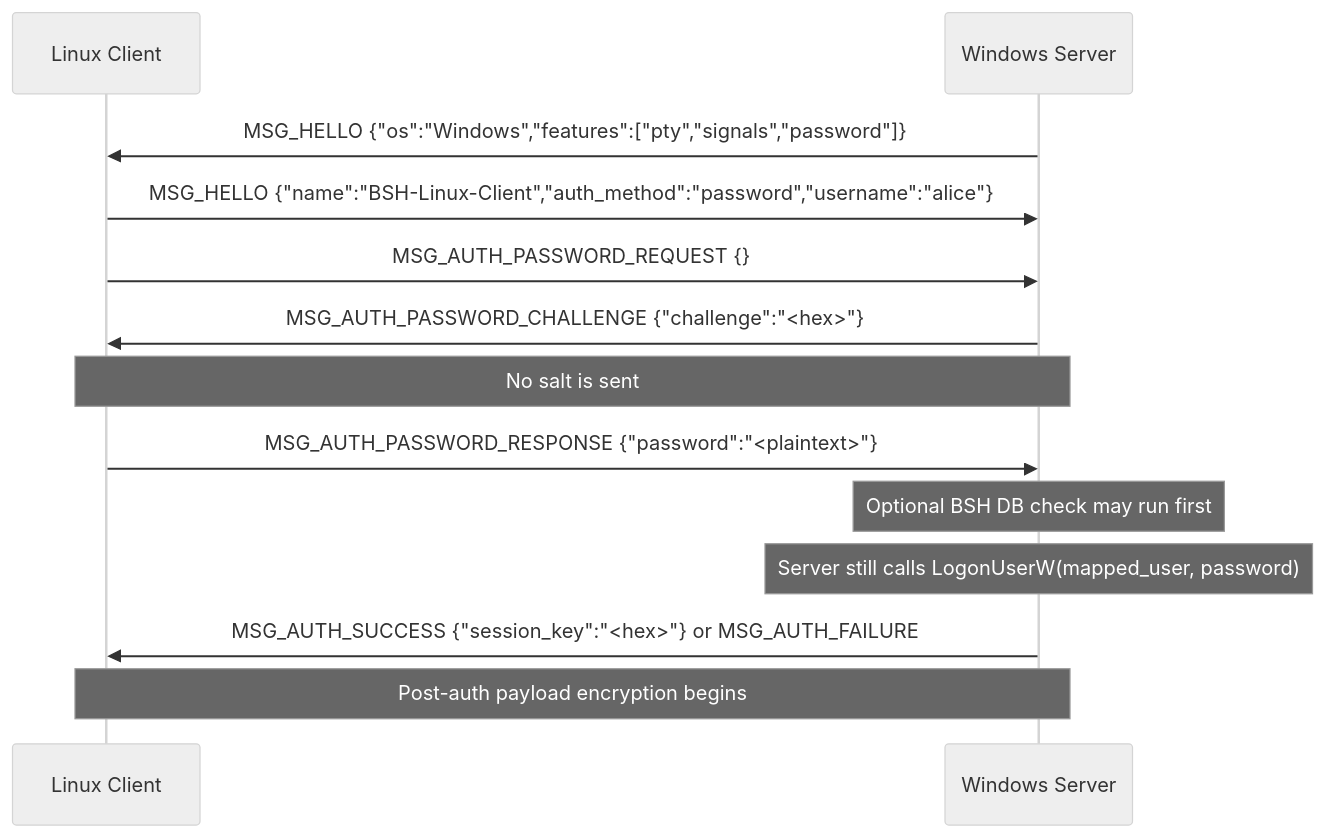
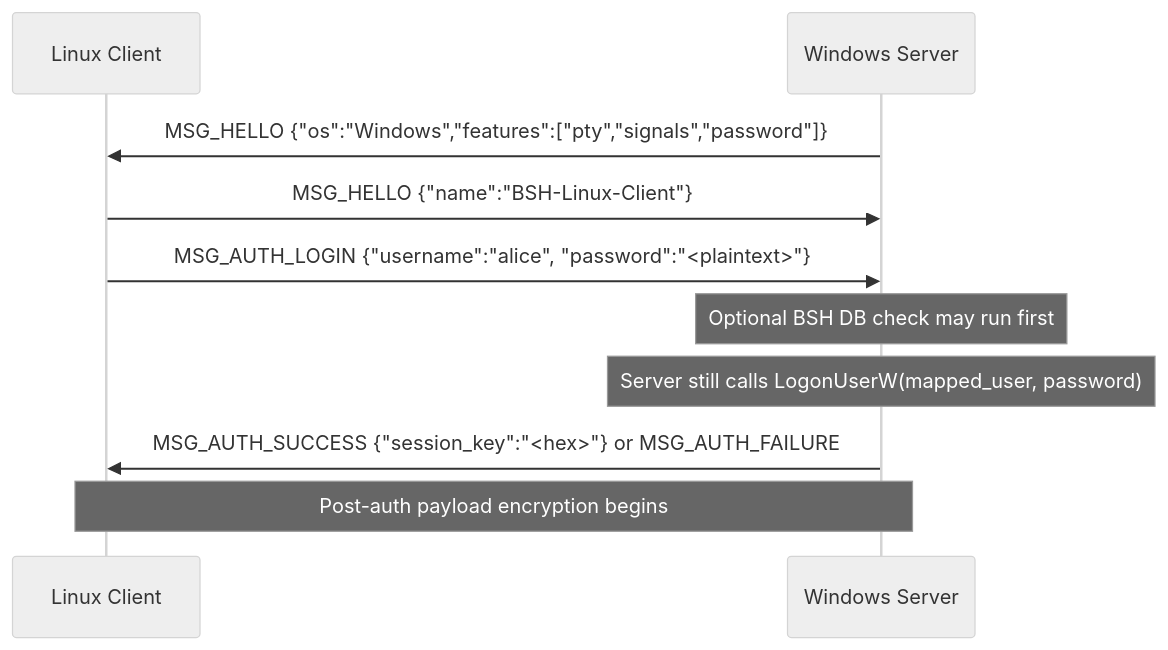
The sixth of 9 diagrams in docs/protocol-security.md (Hacker-SriDhar/OpenBSH), drawn with Mermaid (neutral theme) before and after one commit. The commit also changed other lines of this file and 11 other files, not shown here.

````diff
--- a/docs/protocol-security.md
+++ b/docs/protocol-security.md
@@ -237,16 +215,13 @@
 ```mermaid
 sequenceDiagram
     participant LC as Linux Client
     participant WS as Windows Server
 
     WS->>LC: MSG_HELLO {"os":"Windows","features":["pty","signals","password"]}
-    LC->>WS: MSG_HELLO {"name":"BSH-Linux-Client","auth_method":"password","username":"alice"}
-    LC->>WS: MSG_AUTH_PASSWORD_REQUEST {}
-    WS->>LC: MSG_AUTH_PASSWORD_CHALLENGE {"challenge":"<hex>"}
-    Note over WS,LC: No salt is sent
-    LC->>WS: MSG_AUTH_PASSWORD_RESPONSE {"password":"<plaintext>"}
+    LC->>WS: MSG_HELLO {"name":"BSH-Linux-Client"}
+    LC->>WS: MSG_AUTH_LOGIN {"username":"alice", "password":"<plaintext>"}
     Note over WS: Optional BSH DB check may run first
     Note over WS: Server still calls LogonUserW(mapped_user, password)
     WS->>LC: MSG_AUTH_SUCCESS {"session_key":"<hex>"} or MSG_AUTH_FAILURE
     Note over LC,WS: Post-auth payload encryption begins
 ```
````
